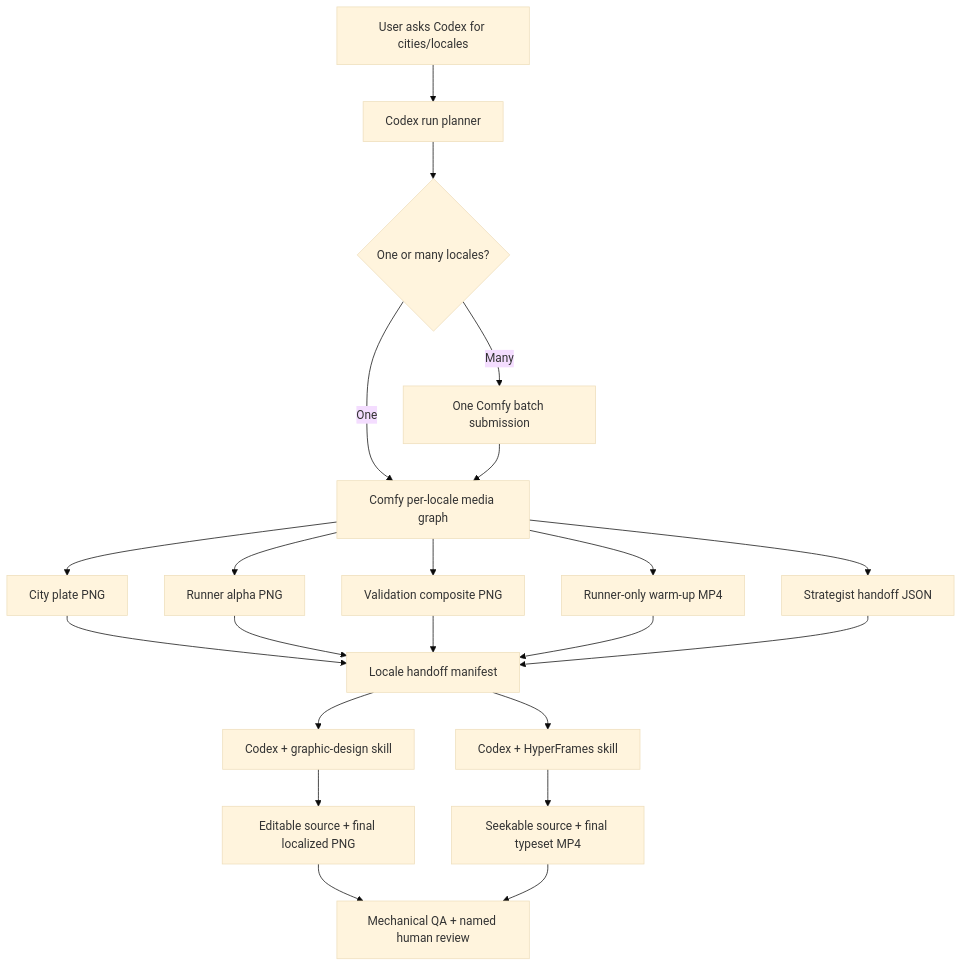
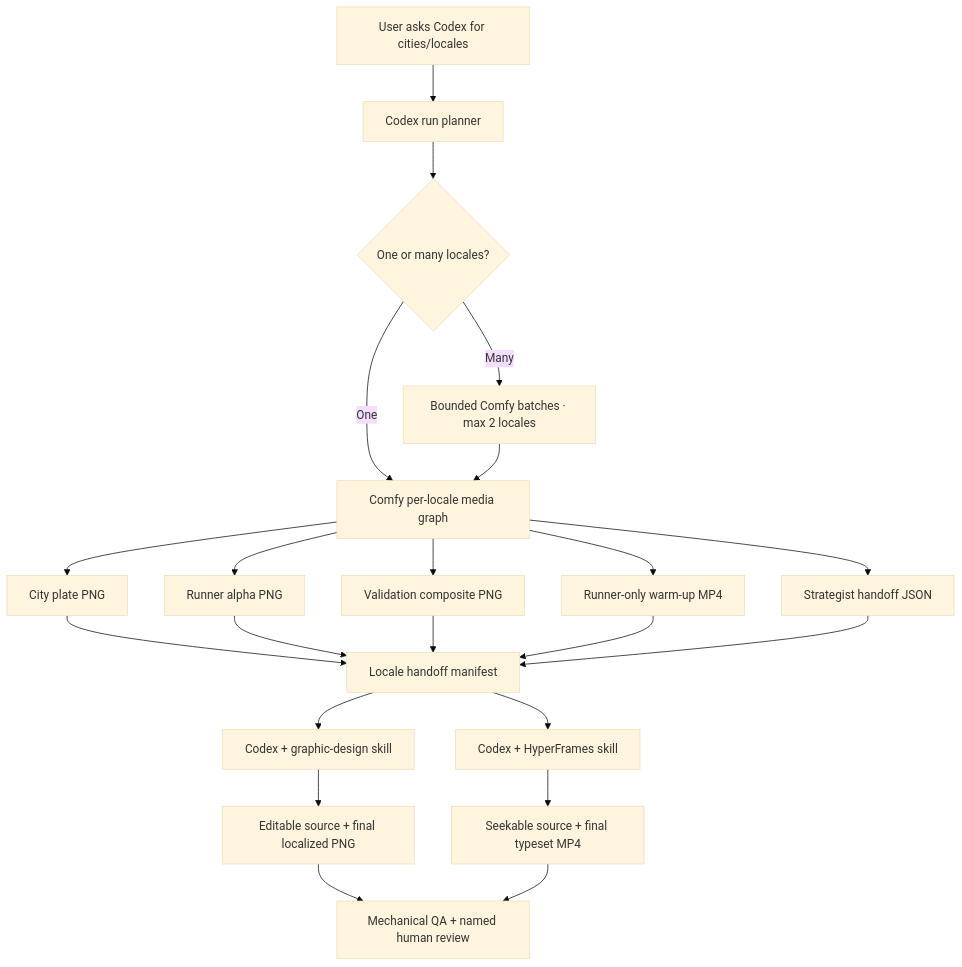
Before and after one commit to thenpceo/locale-flow-comfy-codex: the diagram in README.md, drawn with Mermaid (base theme). The commit also changed other lines of this file and 6 other files, not shown here.

````diff
--- a/README.md
+++ b/README.md
@@ -34,24 +34,24 @@
 ```mermaid
 flowchart TD
     U["User asks Codex for cities/locales"] --> P["Codex run planner"]
     P --> B{"One or many locales?"}
     B -->|One| C["Comfy per-locale media graph"]
-    B -->|Many| CB["One Comfy batch submission"]
+    B -->|Many| CB["Bounded Comfy batches · max 2 locales"]
     CB --> C
     C --> S["City plate PNG"]
     C --> A["Runner alpha PNG"]
     C --> X["Validation composite PNG"]
     C --> V["Runner-only warm-up MP4"]
     C --> J["Strategist handoff JSON"]
     S --> H["Locale handoff manifest"]
     A --> H
     X --> H
     V --> H
     J --> H
     H --> G["Codex + graphic-design skill"]
     H --> HF["Codex + HyperFrames skill"]
     G --> PNG["Editable source + final localized PNG"]
     HF --> MP4["Seekable source + final typeset MP4"]
     PNG --> Q["Mechanical QA + named human review"]
     MP4 --> Q
 ```
````
